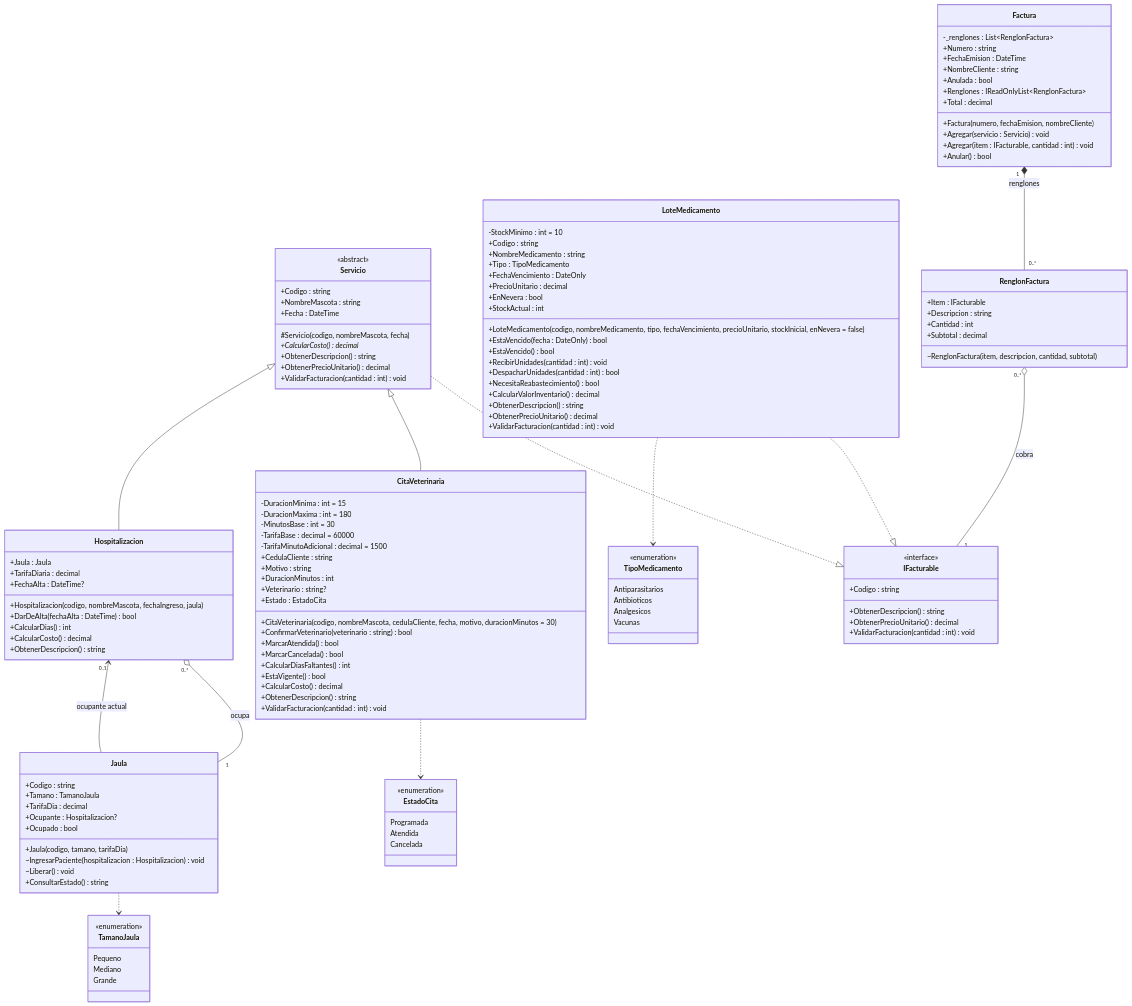
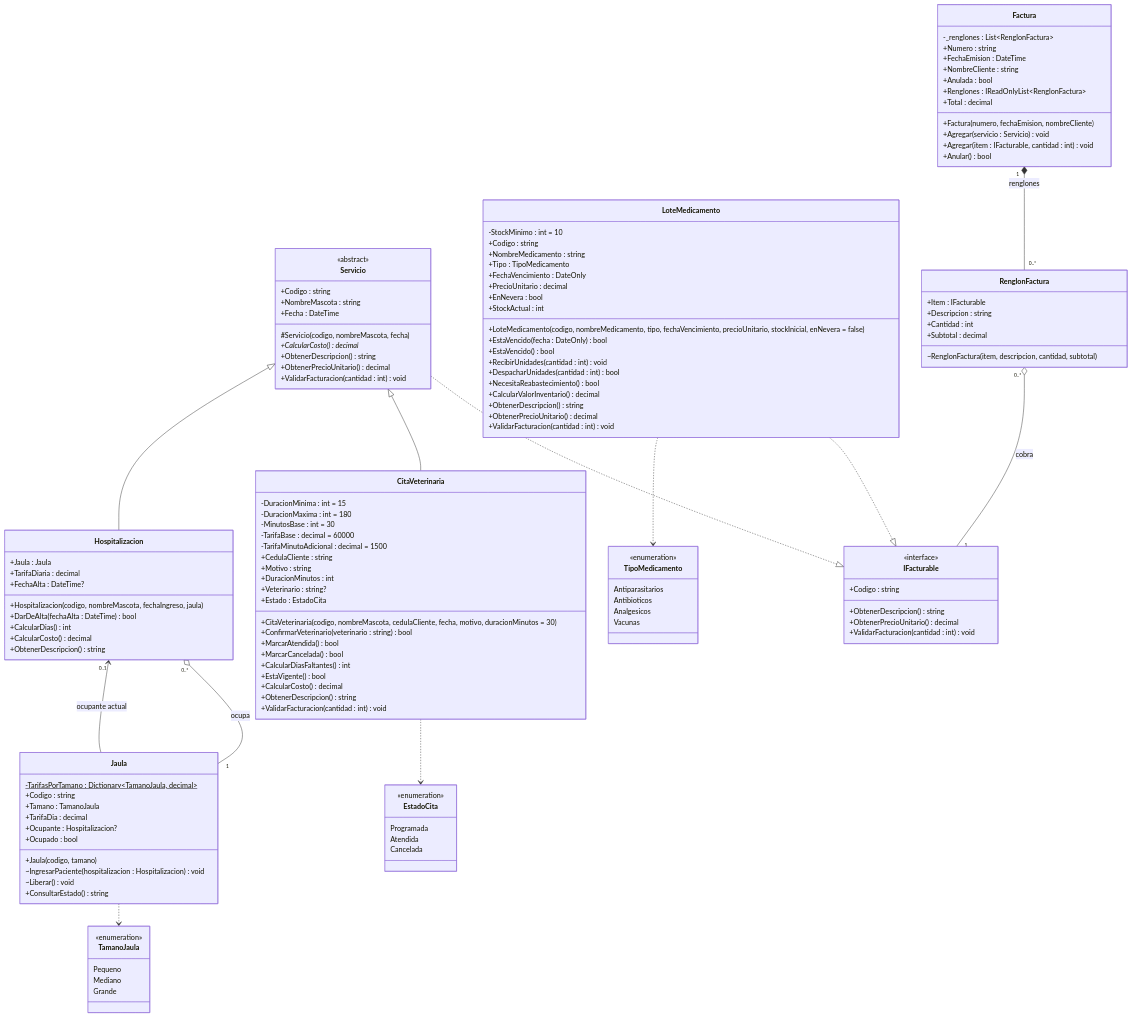
Before and after one commit to AdelRamos-coder/TallerPetCare: the diagram in README.md, drawn with Mermaid. The commit also changed other lines of this file and 2 other files, not shown here.

Commit message:
La tarifa de la jaula depende de su tamano
- Jaula toma la tarifa diaria de una tabla por tamano (Pequeno 25.000, Mediano 38.000, Grande 52.000), como en la Unidad 1
- El constructor ya no recibe la tarifa a mano: Jaula(codigo, tamano)
- Hospitalizacion cobra dias x tarifa de la jaula
- Demo paso 2 muestra las tres tarifas
- README: diagrama y reglas actualizados

```diff
--- a/README.md
+++ b/README.md
@@ -158,12 +158,13 @@
     }
 
     class Jaula {
+        -TarifasPorTamano : Dictionary~TamanoJaula, decimal~$
         +Codigo : string
         +Tamano : TamanoJaula
         +TarifaDia : decimal
         +Ocupante : Hospitalizacion?
         +Ocupado : bool
-        +Jaula(codigo, tamano, tarifaDia)
+        +Jaula(codigo, tamano)
         ~IngresarPaciente(hospitalizacion : Hospitalizacion) void
         ~Liberar() void
         +ConsultarEstado() string
```
